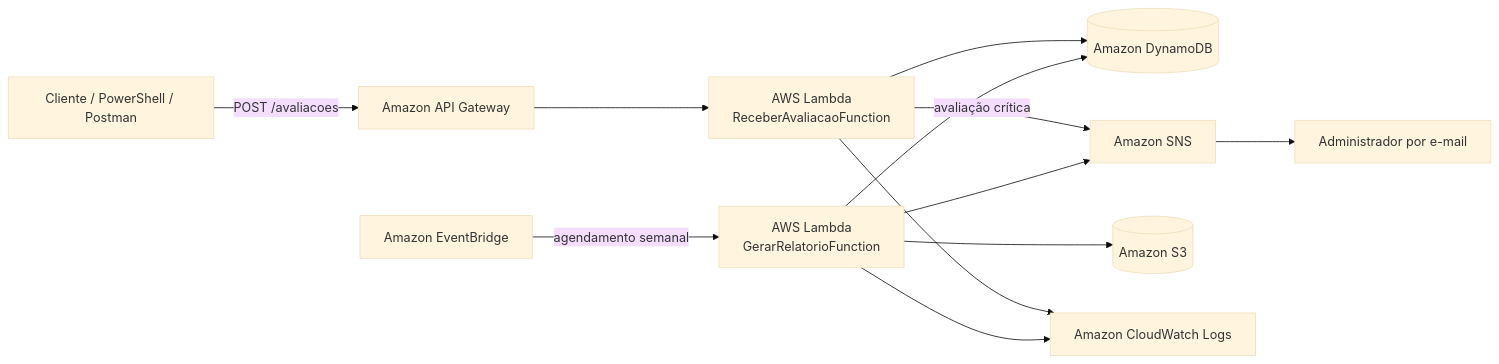
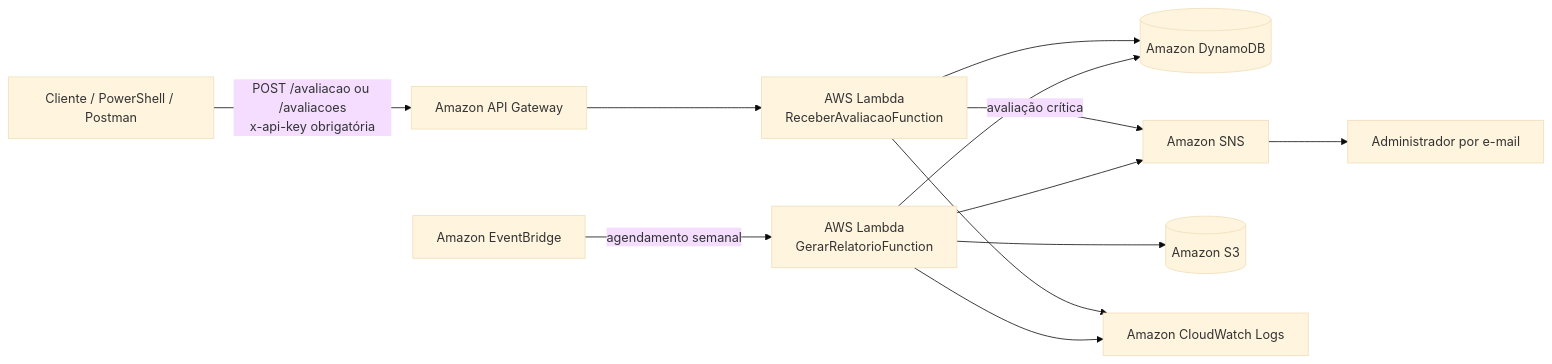
One commit to EduardoBorges98/techChallenge4 changed the diagram in README.md. Above: the diagram before and after it, drawn with Mermaid (base theme). The commit also changed other lines of this file, not shown here.

````diff
--- a/README.md
+++ b/README.md
@@ -47,27 +47,27 @@
 ```mermaid
 flowchart LR
     Cliente[Cliente / PowerShell / Postman]
     APIGW[Amazon API Gateway]
     LambdaReceber[AWS Lambda<br/>ReceberAvaliacaoFunction]
     DynamoDB[(Amazon DynamoDB)]
     SNS[Amazon SNS]
     Email[Administrador por e-mail]
     EventBridge[Amazon EventBridge]
     LambdaRelatorio[AWS Lambda<br/>GerarRelatorioFunction]
     S3[(Amazon S3)]
     CloudWatch[Amazon CloudWatch Logs]
 
-    Cliente -->|POST /avaliacoes| APIGW
+    Cliente -->|POST /avaliacao ou /avaliacoes<br/>x-api-key obrigatória| APIGW
     APIGW --> LambdaReceber
     LambdaReceber --> DynamoDB
     LambdaReceber -->|avaliação crítica| SNS
     SNS --> Email
 
     EventBridge -->|agendamento semanal| LambdaRelatorio
     LambdaRelatorio --> DynamoDB
     LambdaRelatorio --> S3
     LambdaRelatorio --> SNS
 
     LambdaReceber --> CloudWatch
     LambdaRelatorio --> CloudWatch
 ```
````
